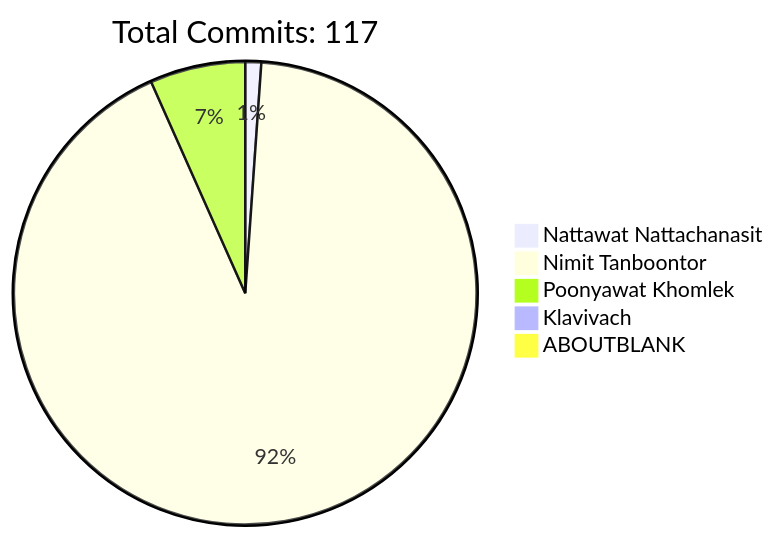
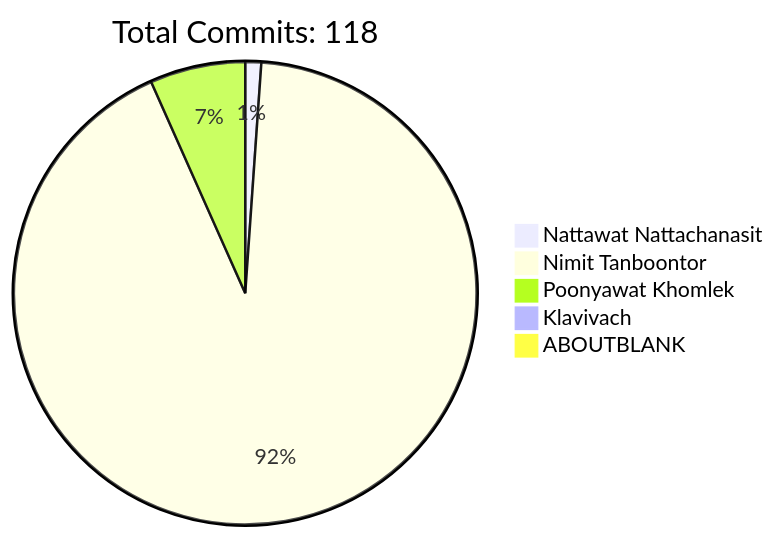
Before and after one commit to HLLC-MFU/HLLC-2025: the diagram in README.md, drawn with Mermaid. The commit also changed other lines of this file, not shown here.

````diff
--- a/README.md
+++ b/README.md
@@ -170,9 +170,9 @@
 ```mermaid
 pie
-    title Total Commits: 117
+    title Total Commits: 118
     "Nattawat Nattachanasit" : 1
     "Nimit Tanboontor" : 83
     "Poonyawat Khomlek" : 6
     "Klavivach" : 0
     "ABOUTBLANK" : 0
 ```
````
